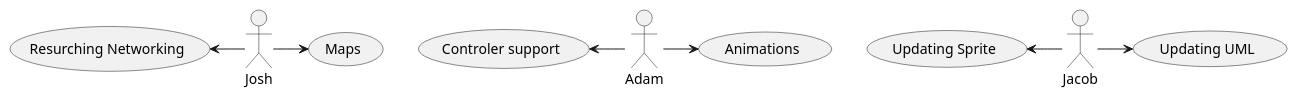
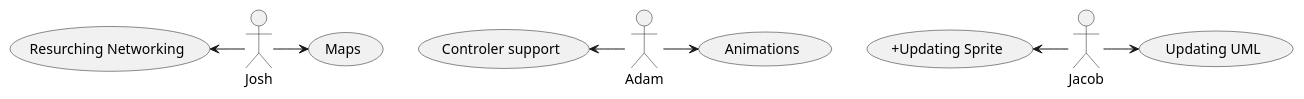
One commit to jacob7395/Bomberman changed the diagram in Planning/Tasks.puml. Above: the diagram before and after it, drawn with PlantUML.

Commit message:
Task Update
I have compiled updating the sprite class.

```diff
--- a/Planning/Tasks.puml
+++ b/Planning/Tasks.puml
@@ -1,11 +1,11 @@
 @startuml
 
 
-Jacob -left-> (Updating Sprite)
+Jacob -left-> (+Updating Sprite)
 Jacob -right-> (Updating UML)
 Adam  -left->  (Controler support)
 Adam  -right->  (Animations)
 Josh  -left->  (Resurching Networking)
 Josh  -right->  (Maps)
 
 @enduml
```
